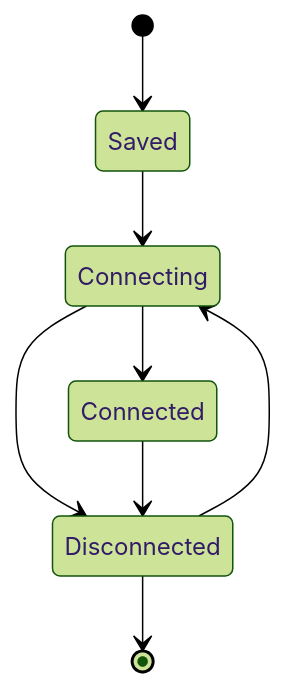
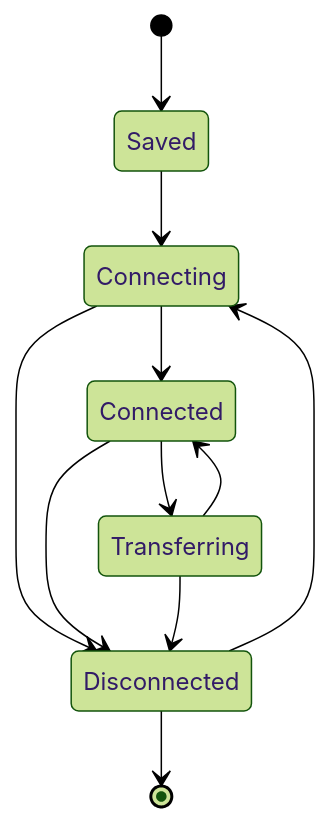
One commit to hamburger-os/TauTerm changed the diagram in docs/modules/CORE.md. Above: the diagram before and after it, drawn with Mermaid (forest theme). The commit also changed other lines of this file, not shown here.

Commit message:
docs: align core architecture with Session DataPlane runtime

````diff
--- a/docs/modules/CORE.md
+++ b/docs/modules/CORE.md
@@ -19,10 +21,13 @@
 ```mermaid
 stateDiagram-v2
   [*] --> Saved
   Saved --> Connecting
   Connecting --> Connected
   Connecting --> Disconnected
+  Connected --> Transferring
+  Transferring --> Connected
   Connected --> Disconnected
+  Transferring --> Disconnected
   Disconnected --> Connecting
   Disconnected --> [*]
 ```
````
